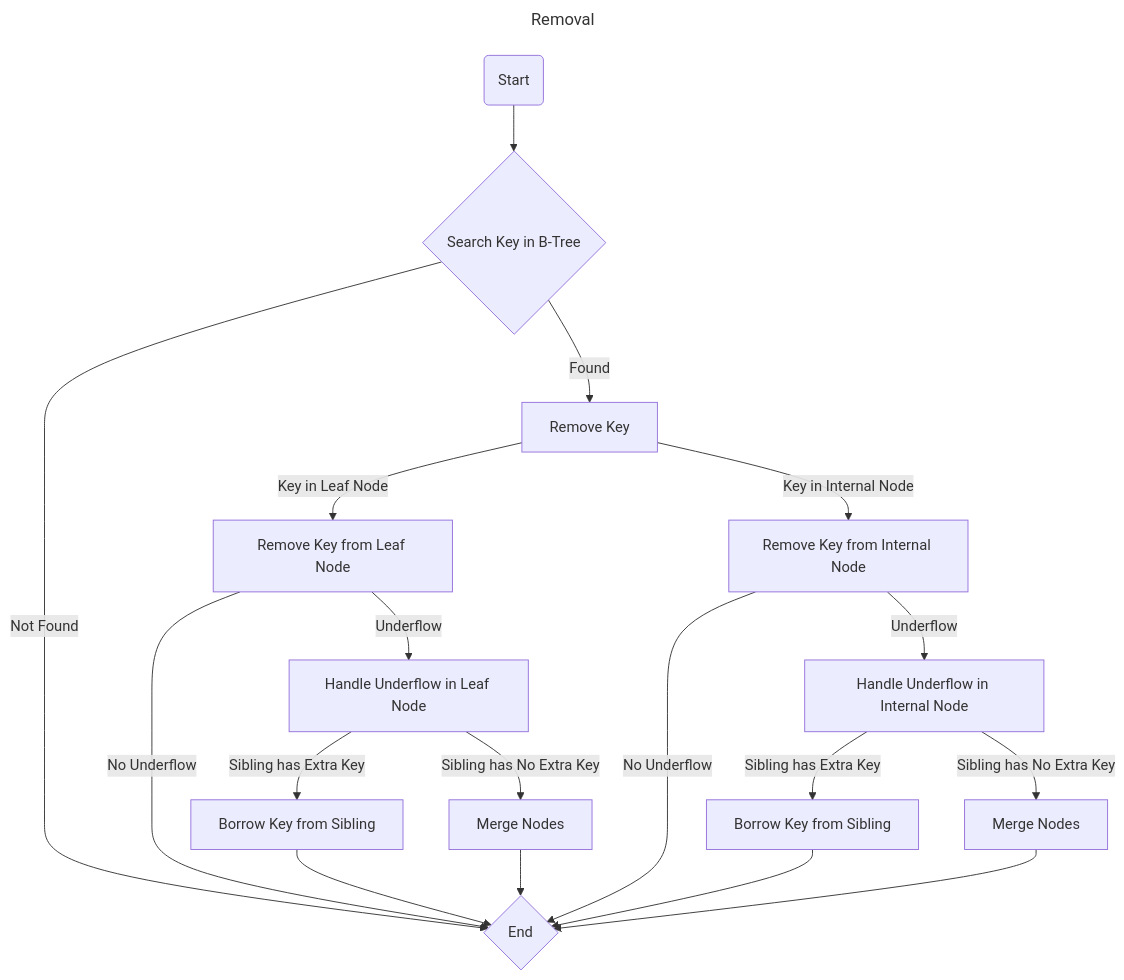
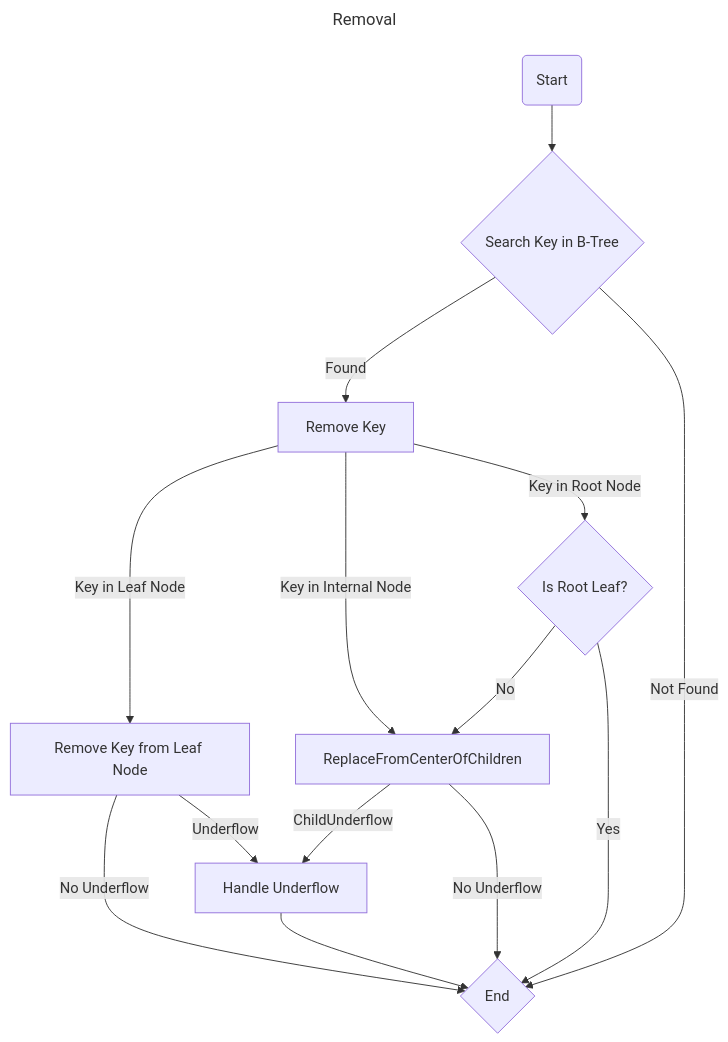
Before and after one commit to SamBobBarnes/b-tree: the diagram in BTreeOperations/Remove.mmd, drawn with Mermaid. The commit also changed 1 other file, not shown here.

Commit message:
updated diagrams

```diff
--- a/BTreeOperations/Remove.mmd
+++ b/BTreeOperations/Remove.mmd
@@ -1,21 +1,31 @@
 ---
 title: Removal
 ---
 flowchart
-    Start(Start) --> SearchKey{Search Key in B-Tree}
+    Start --> SearchKey
     SearchKey -->|Found| RemoveKey[Remove Key]
-    SearchKey -->|Not Found| End{End}
-    RemoveKey -->|Key in Leaf Node| RemoveKeyLeaf[Remove Key from Leaf Node]
-    RemoveKey -->|Key in Internal Node| RemoveKeyInternal[Remove Key from Internal Node]
-    RemoveKeyLeaf -->|Underflow| HandleUnderflowLeaf[Handle Underflow in Leaf Node]
+    SearchKey -->|Not Found| End
+
+    RemoveKey -->|Key in Leaf Node| RemoveKeyLeaf
+    RemoveKey -->|Key in Internal Node| ReplaceFromCenterOfChildren
+    RemoveKey -->|Key in Root Node| RemoveKeyRoot
+
+    ReplaceFromCenterOfChildren --> |ChildUnderflow| HandleUnderflow --> End
+    ReplaceFromCenterOfChildren -->|No Underflow| End
+
+    RemoveKeyRoot -->|No| ReplaceFromCenterOfChildren
+    RemoveKeyRoot -->|Yes| End
+
+    HandleUnderflow[Handle Underflow]
+
     RemoveKeyLeaf -->|No Underflow| End
-    HandleUnderflowLeaf -->|Sibling has Extra Key| BorrowKeyLeaf[Borrow Key from Sibling]
-    HandleUnderflowLeaf -->|Sibling has No Extra Key| MergeNodesLeaf[Merge Nodes]
-    BorrowKeyLeaf --> End
-    MergeNodesLeaf --> End
-    RemoveKeyInternal -->|Underflow| HandleUnderflowInternal[Handle Underflow in Internal Node]
-    RemoveKeyInternal -->|No Underflow| End
-    HandleUnderflowInternal -->|Sibling has Extra Key| BorrowKeyInternal[Borrow Key from Sibling]
-    HandleUnderflowInternal -->|Sibling has No Extra Key| MergeNodesInternal[Merge Nodes]
-    BorrowKeyInternal --> End
-    MergeNodesInternal --> End
+    RemoveKeyLeaf -->|Underflow| HandleUnderflow
+    
+
+    Start(Start)
+    SearchKey{Search Key in B-Tree}
+    RemoveKey[Remove Key]
+    RemoveKeyLeaf[Remove Key from Leaf Node]
+    RemoveKeyRoot{Is Root Leaf?}
+    ReplaceFromCenterOfChildren[ReplaceFromCenterOfChildren]
+    End{End}
```
